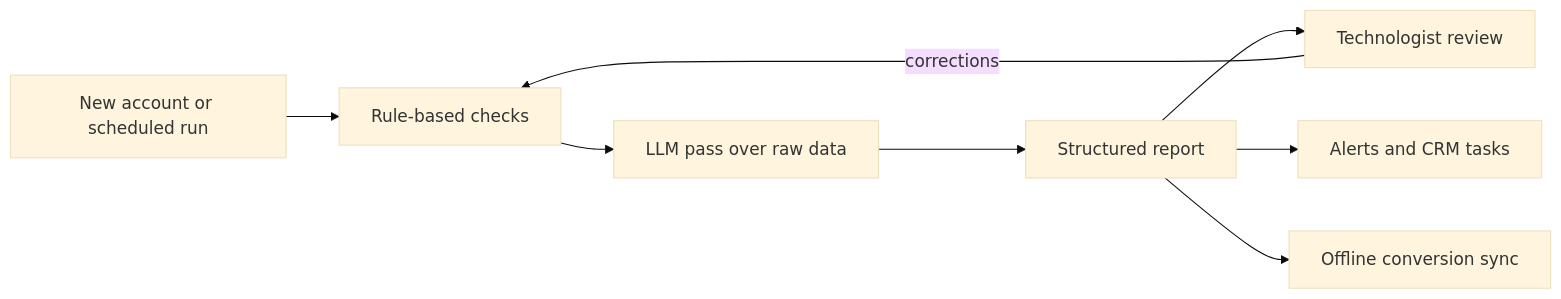
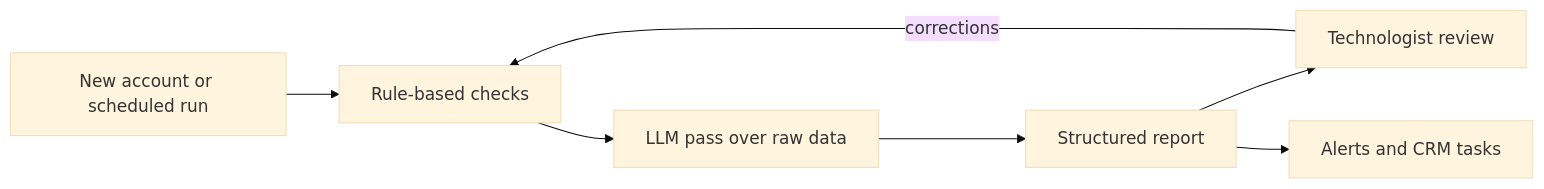
One commit to FelixKaboto/FelixKaboto changed the second of 2 diagrams in README.md. Above: the diagram before and after it, drawn with Mermaid (base theme). The commit also changed other lines of this file, not shown here.

````diff
--- a/README.md
+++ b/README.md
@@ -92,10 +75,9 @@
 ```mermaid
 flowchart LR
   trigger["New account or scheduled run"] --> checks["Rule-based checks"]
   checks --> llm["LLM pass over raw data"]
   llm --> report["Structured report"]
   report --> human["Technologist review"]
   human -->|"corrections"| checks
   report --> alerts["Alerts and CRM tasks"]
-  report --> sync["Offline conversion sync"]
 ```
````
